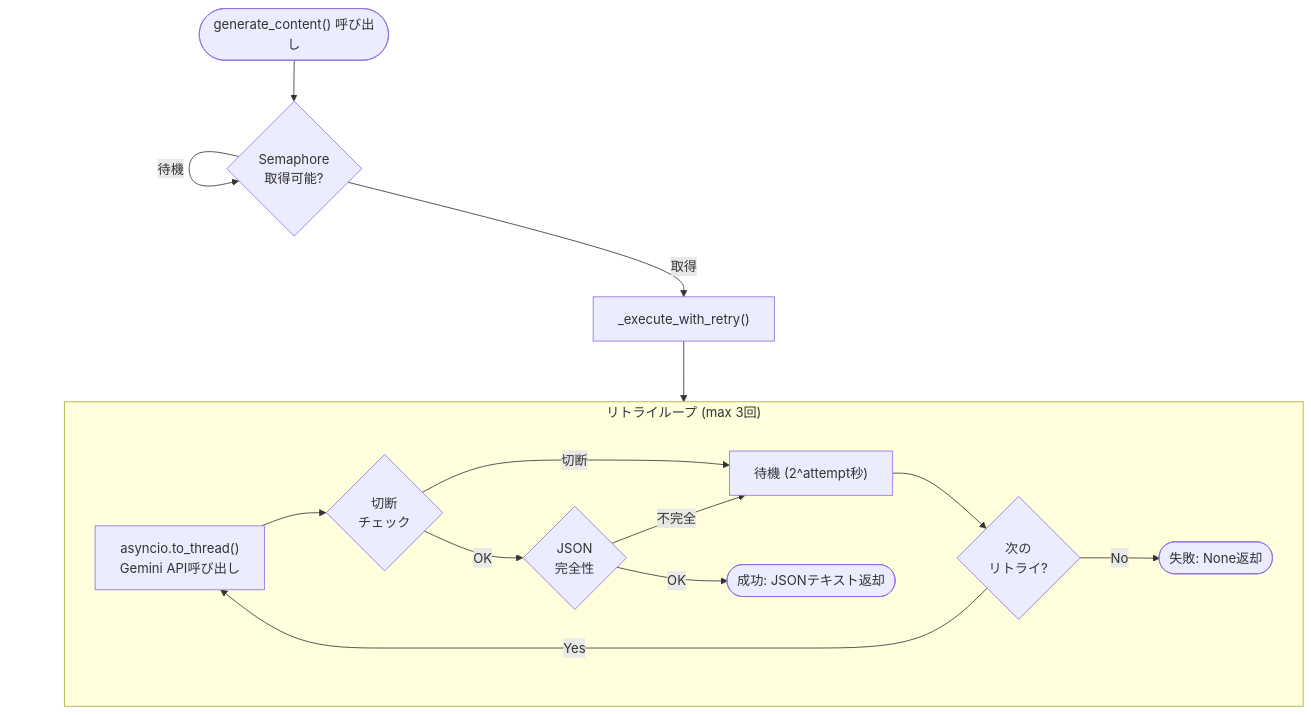
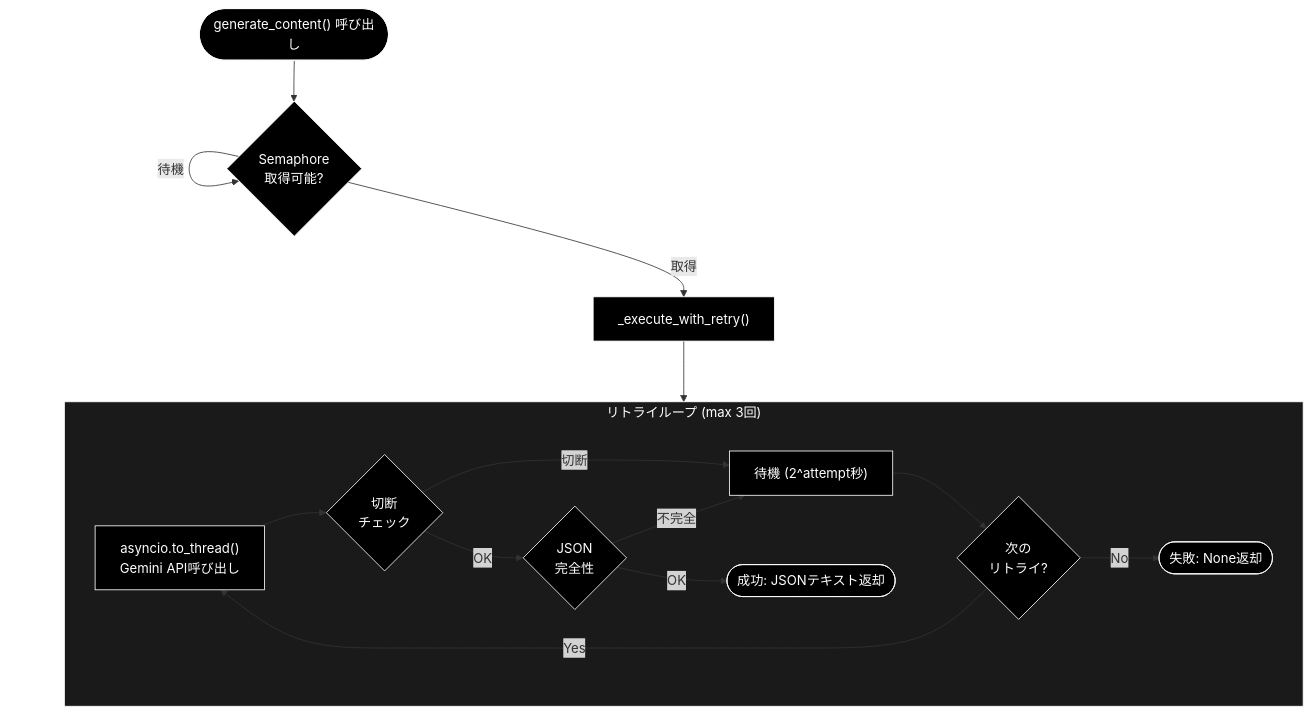
The fourth of 5 diagrams in chunking/docs/async_api_client.md (nakashima2toshio/grace_v2_local), drawn with Mermaid before and after one commit. The commit also changed other lines of this file and 4 other files, not shown here.

First line of the commit message:
docs: Mermaid 26 図に黒背景スタイルを適用する

````diff
--- a/chunking/docs/async_api_client.md
+++ b/chunking/docs/async_api_client.md
@@ -726,20 +744,24 @@
 ```mermaid
 flowchart TB
     START(["generate_content() 呼び出し"]) --> SEM{"Semaphore<br/>取得可能?"}
     SEM -->|待機| SEM
     SEM -->|取得| RETRY["_execute_with_retry()"]
 
     subgraph RETRY_LOOP["リトライループ (max 3回)"]
         API["asyncio.to_thread()<br/>Gemini API呼び出し"]
         API --> TRUNC{"切断<br/>チェック"}
         TRUNC -->|切断| WAIT["待機 (2^attempt秒)"]
         TRUNC -->|OK| JSON_CHECK{"JSON<br/>完全性"}
         JSON_CHECK -->|不完全| WAIT
         JSON_CHECK -->|OK| SUCCESS(["成功: JSONテキスト返却"])
         WAIT --> NEXT{"次の<br/>リトライ?"}
         NEXT -->|Yes| API
         NEXT -->|No| FAIL(["失敗: None返却"])
     end
 
     RETRY --> RETRY_LOOP
+classDef default fill:#000,stroke:#fff,color:#fff
+classDef subgraphStyle fill:#1a1a1a,stroke:#fff,color:#fff
+class SEM,RETRY,API,TRUNC,WAIT,JSON_CHECK,SUCCESS,NEXT,FAIL default
+style RETRY_LOOP fill:#1a1a1a,stroke:#fff,color:#fff
 ```
````
